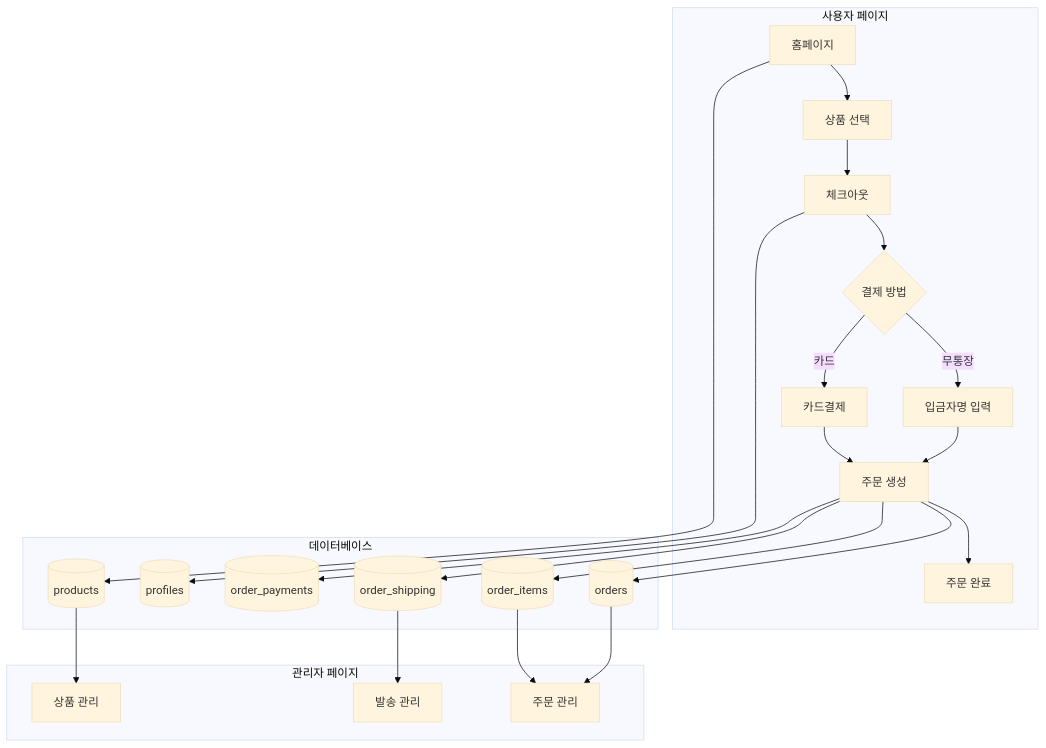
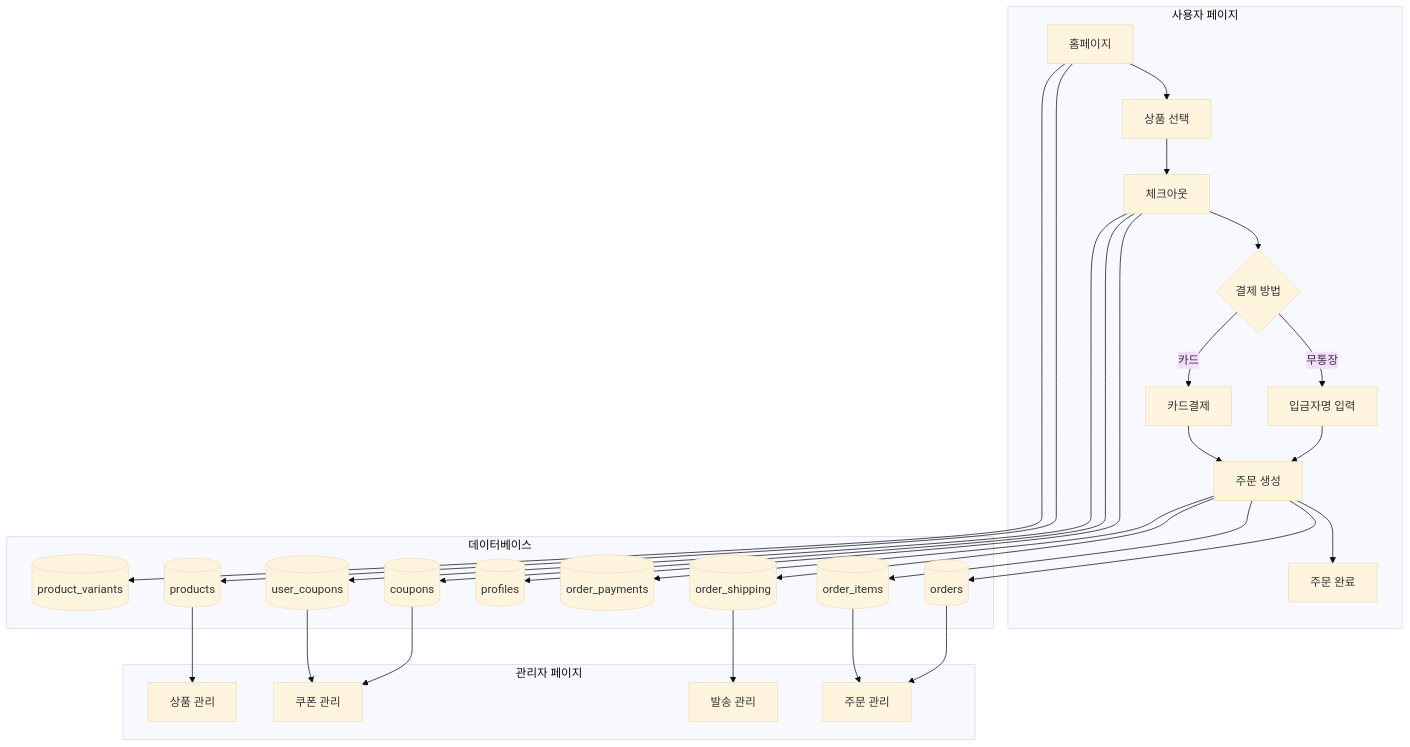
Diagram 12 of 12 in DETAILED_DATA_FLOW.md (Theloho/live-commerce), drawn with Mermaid (base theme) before and after one commit. The commit also changed other lines of this file and 23 other files, not shown here.

````diff
--- a/DETAILED_DATA_FLOW.md
+++ b/DETAILED_DATA_FLOW.md
@@ -1376,40 +1296,49 @@
 ```mermaid
 graph TB
     subgraph "사용자 페이지"
         A[홈페이지] --> B[상품 선택]
         B --> C[체크아웃]
         C --> D{결제 방법}
         D -->|무통장| E[입금자명 입력]
         D -->|카드| F[카드결제]
         E --> G[주문 생성]
         F --> G
         G --> H[주문 완료]
     end
 
     subgraph "데이터베이스"
         I[(products)]
         J[(orders)]
         K[(order_items)]
         L[(order_shipping)]
         M[(order_payments)]
         N[(profiles)]
+        O[(coupons)]
+        P[(user_coupons)]
+        Q[(product_variants)]
     end
 
     subgraph "관리자 페이지"
-        O[주문 관리]
-        P[상품 관리]
-        Q[발송 관리]
+        R[주문 관리]
+        S[상품 관리]
+        T[발송 관리]
+        U[쿠폰 관리]
     end
 
     A --> I
+    A --> Q
     G --> J
     G --> K
     G --> L
     G --> M
     C --> N
+    C --> O
+    C --> P
 
-    J --> O
-    K --> O
-    L --> Q
-    I --> P
+    J --> R
+    K --> R
+    L --> T
+    I --> S
+    O --> U
+    P --> U
 ```
````
